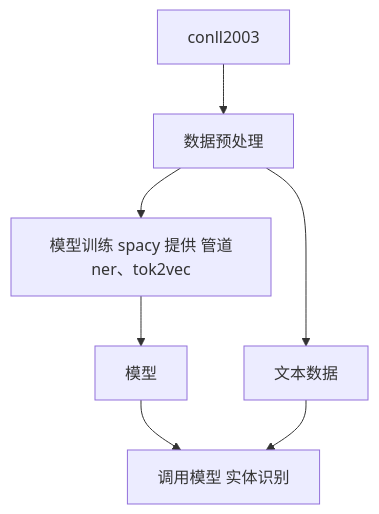
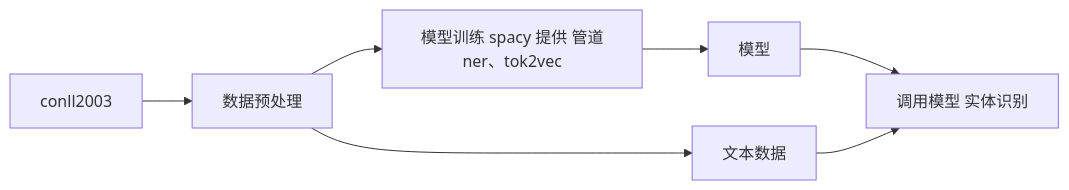
The first of 4 diagrams in src/articles/nlp 报告.md (jzc12/blog), drawn with Mermaid before and after one commit. The commit also changed other lines of this file and 10 other files, not shown here.

````diff
--- a/src/articles/nlp 报告.md
+++ b/src/articles/nlp 报告.md
@@ -64,10 +46,10 @@
 ```mermaid
-flowchart TD
+flowchart LR
     A[conll2003] --> B[数据预处理]
     B --> C[文本数据]
     B --> E[模型训练 spacy 提供 管道ner、tok2vec]
     E --> F[模型]
     F --> D[调用模型 实体识别]
 	C --> D
-    
+  
 ```
````
